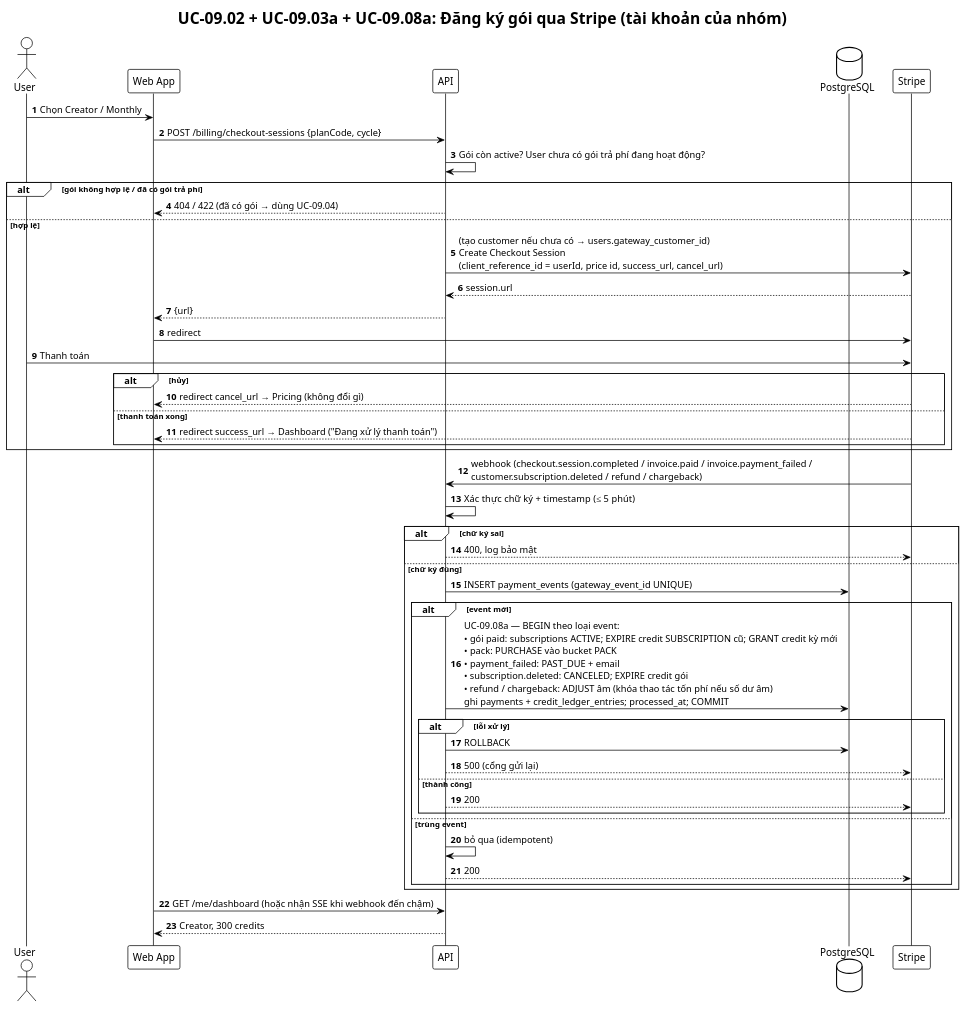
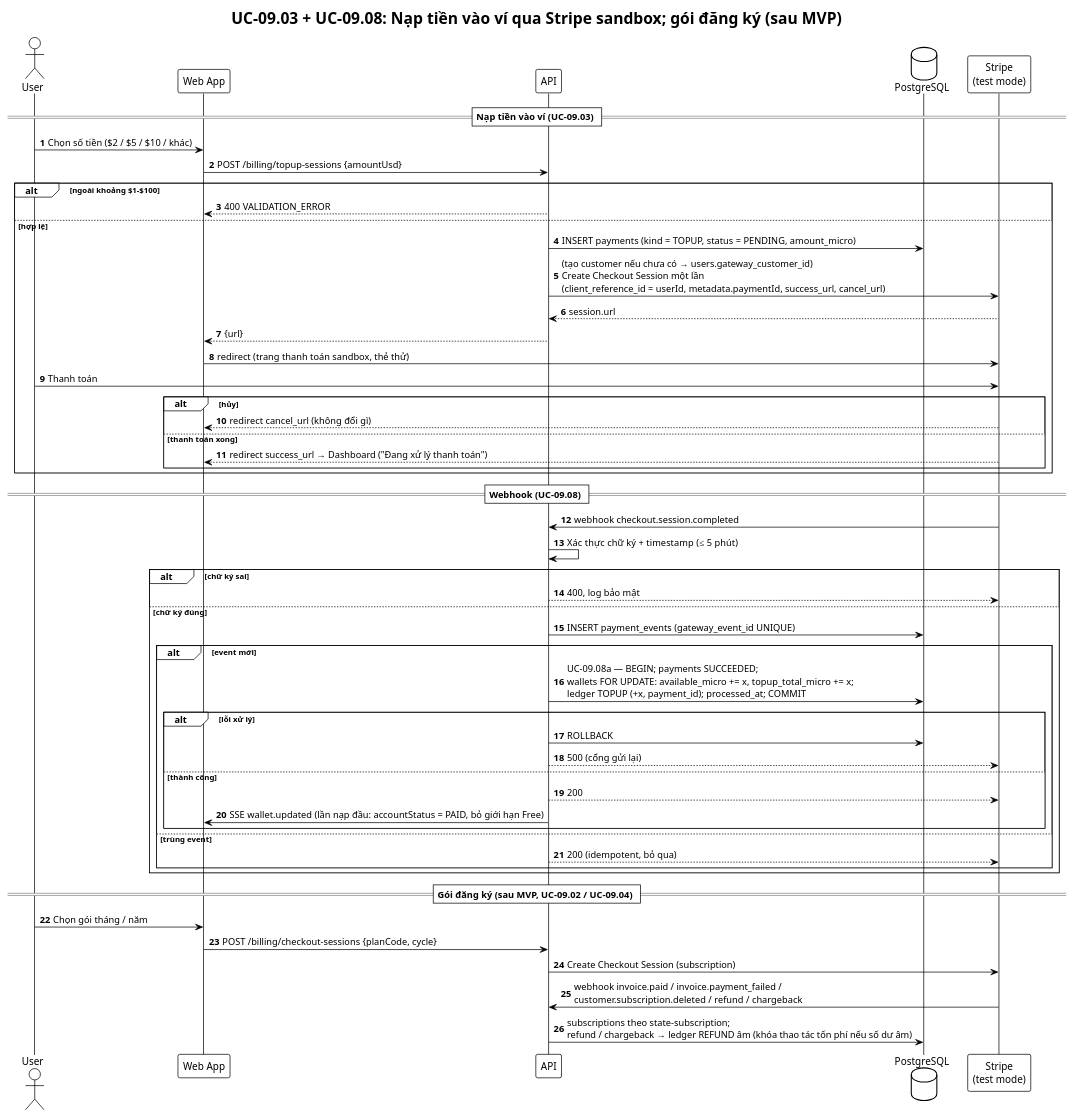
Before and after one commit to 202416852-anhpv/story2video-docs: the diagram in demo-c2story/so-do/04-tuan-tu/seq-thanh-toan.puml, drawn with PlantUML. The commit also changed 100 other files, not shown here.

```diff
--- a/demo-c2story/so-do/04-tuan-tu/seq-thanh-toan.puml
+++ b/demo-c2story/so-do/04-tuan-tu/seq-thanh-toan.puml
@@ -1,51 +1,59 @@
 @startuml Seq_ThanhToan
 !theme plain
 skinparam defaultFontName "Segoe UI"
 skinparam sequenceMessageAlign left
 autonumber
-title UC-09.02 + UC-09.03a + UC-09.08a: Đăng ký gói qua Stripe (tài khoản của nhóm)
+title UC-09.03 + UC-09.08: Nạp tiền vào ví qua Stripe sandbox; gói đăng ký (sau MVP)
 actor User
 participant "Web App" as Web
 participant "API" as API
 database PostgreSQL as DB
-participant "Stripe" as ST
+participant "Stripe\n(test mode)" as ST
 
-User -> Web : Chọn Creator / Monthly
-Web -> API : POST /billing/checkout-sessions {planCode, cycle}
-API -> API : Gói còn active? User chưa có gói trả phí đang hoạt động?
-alt gói không hợp lệ / đã có gói trả phí
-    API --> Web : 404 / 422 (đã có gói → dùng UC-09.04)
+== Nạp tiền vào ví (UC-09.03) ==
+User -> Web : Chọn số tiền ($2 / $5 / $10 / khác)
+Web -> API : POST /billing/topup-sessions {amountUsd}
+alt ngoài khoảng $1–$100
+    API --> Web : 400 VALIDATION_ERROR
 else hợp lệ
-    API -> ST : (tạo customer nếu chưa có → users.gateway_customer_id)\nCreate Checkout Session\n(client_reference_id = userId, price id, success_url, cancel_url)
+    API -> DB : INSERT payments (kind = TOPUP, status = PENDING, amount_micro)
+    API -> ST : (tạo customer nếu chưa có → users.gateway_customer_id)\nCreate Checkout Session một lần\n(client_reference_id = userId, metadata.paymentId, success_url, cancel_url)
     ST --> API : session.url
     API --> Web : {url}
-    Web -> ST : redirect
+    Web -> ST : redirect (trang thanh toán sandbox, thẻ thử)
     User -> ST : Thanh toán
     alt hủy
-        ST --> Web : redirect cancel_url → Pricing (không đổi gì)
+        ST --> Web : redirect cancel_url (không đổi gì)
     else thanh toán xong
         ST --> Web : redirect success_url → Dashboard ("Đang xử lý thanh toán")
     end
 end
-ST -> API : webhook (checkout.session.completed / invoice.paid / invoice.payment_failed /\ncustomer.subscription.deleted / refund / chargeback)
+
+== Webhook (UC-09.08) ==
+ST -> API : webhook checkout.session.completed
 API -> API : Xác thực chữ ký + timestamp (≤ 5 phút)
 alt chữ ký sai
     API --> ST : 400, log bảo mật
 else chữ ký đúng
     API -> DB : INSERT payment_events (gateway_event_id UNIQUE)
     alt event mới
-        API -> DB : UC-09.08a — BEGIN theo loại event:\n• gói paid: subscriptions ACTIVE; EXPIRE credit SUBSCRIPTION cũ; GRANT credit kỳ mới\n• pack: PURCHASE vào bucket PACK\n• payment_failed: PAST_DUE + email\n• subscription.deleted: CANCELED; EXPIRE credit gói\n• refund / chargeback: ADJUST âm (khóa thao tác tốn phí nếu số dư âm)\nghi payments + credit_ledger_entries; processed_at; COMMIT
+        API -> DB : UC-09.08a — BEGIN; payments SUCCEEDED;\nwallets FOR UPDATE: available_micro += x, topup_total_micro += x;\nledger TOPUP (+x, payment_id); processed_at; COMMIT
         alt lỗi xử lý
             API -> DB : ROLLBACK
             API --> ST : 500 (cổng gửi lại)
         else thành công
             API --> ST : 200
+            API -> Web : SSE wallet.updated (lần nạp đầu: accountStatus = PAID, bỏ giới hạn Free)
         end
     else trùng event
-        API -> API : bỏ qua (idempotent)
-        API --> ST : 200
+        API --> ST : 200 (idempotent, bỏ qua)
     end
 end
-Web -> API : GET /me/dashboard (hoặc nhận SSE khi webhook đến chậm)
-API --> Web : Creator, 300 credits
+
+== Gói đăng ký (sau MVP, UC-09.02 / UC-09.04) ==
+User -> Web : Chọn gói tháng / năm
+Web -> API : POST /billing/checkout-sessions {planCode, cycle}
+API -> ST : Create Checkout Session (subscription)
+ST -> API : webhook invoice.paid / invoice.payment_failed /\ncustomer.subscription.deleted / refund / chargeback
+API -> DB : subscriptions theo state-subscription;\nrefund / chargeback → ledger REFUND âm (khóa thao tác tốn phí nếu số dư âm)
 @enduml
```
